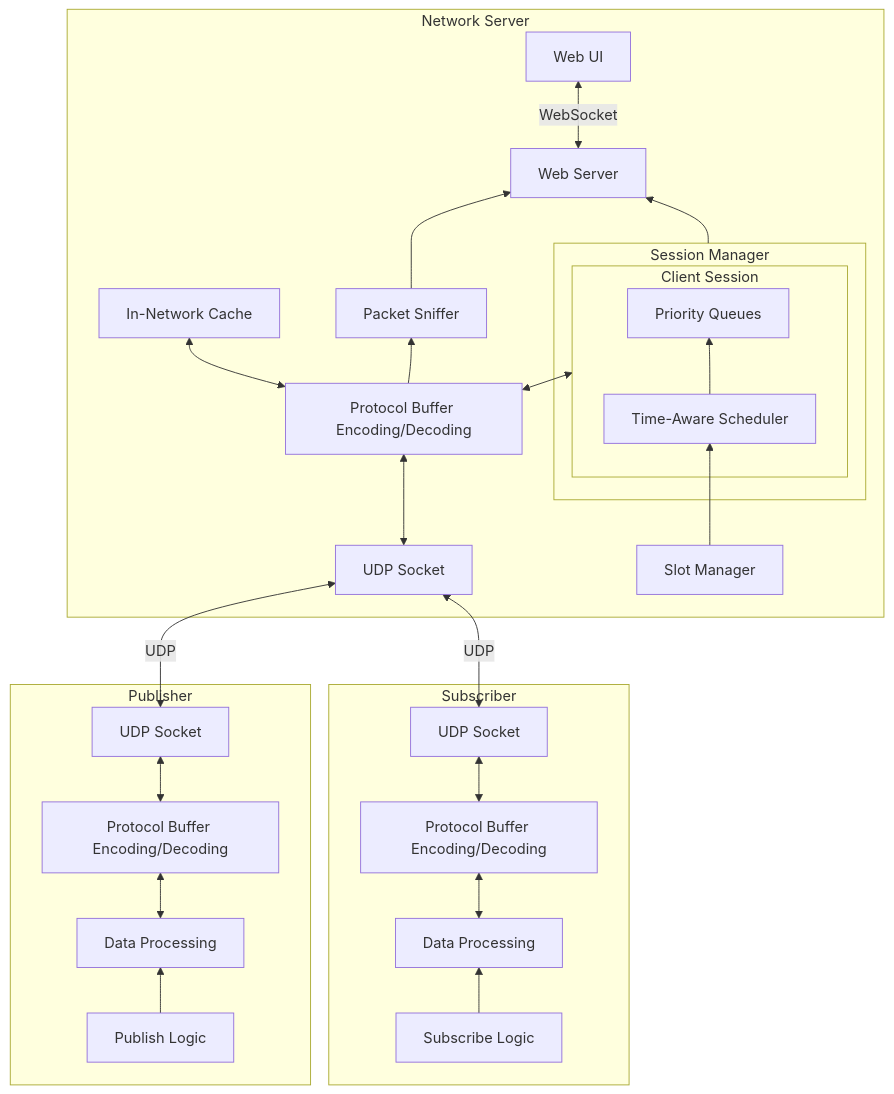
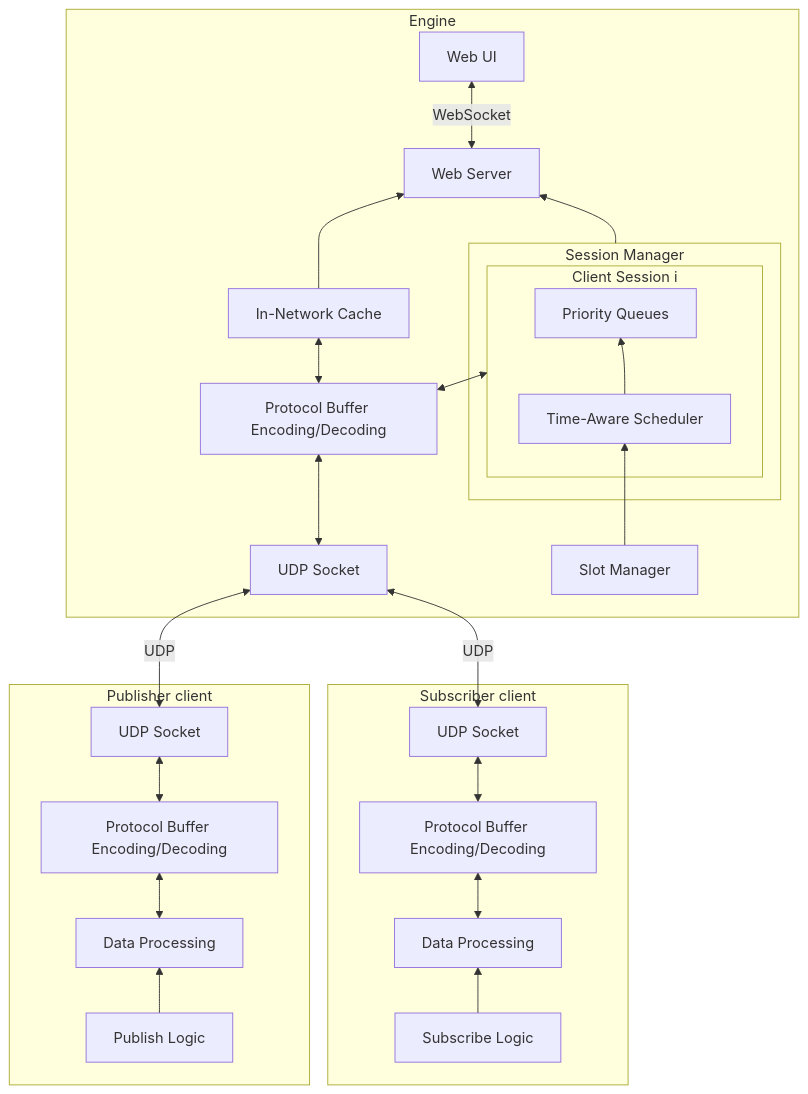
Before and after one commit to AmyangXYZ/RTDEX: the diagram in README.md, drawn with Mermaid. The commit also changed other lines of this file and 18 other files, not shown here.

````diff
--- a/README.md
+++ b/README.md
@@ -17,58 +16,56 @@
 ```mermaid
 graph BT
-    subgraph Server[Network Server]
+    subgraph Server[Engine]
         S_UDPSocket[UDP Socket]
         S_ProtoBuf[Protocol Buffer Encoding/Decoding]
         S_Cache[In-Network Cache]
 
         subgraph S_SessionMgr[Session Manager]
-            subgraph S_Session[Client Session]
+            subgraph S_Session[Client Session i]
                 S_PriorityQueues[Priority Queues]
                 S_TimeAwareScheduler[Time-Aware Scheduler]
             end
         end
 
         S_SlotMgr[Slot Manager]
-        S_PktSniffer[Packet Sniffer]
         S_WebServer[Web Server]
         S_WebUI[Web UI]
     end
 
-    subgraph Publisher[Publisher]
+    subgraph Publisher[Publisher client]
         P_UDPSocket[UDP Socket]
         P_ProtoBuf[Protocol Buffer Encoding/Decoding]
         P_DataProcessing[Data Processing]
         P_PublishLogic[Publish Logic]
     end
 
-    subgraph Subscriber[Subscriber]
+    subgraph Subscriber[Subscriber client]
         Sub_UDPSocket[UDP Socket]
         Sub_ProtoBuf[Protocol Buffer Encoding/Decoding]
         Sub_DataProcessing[Data Processing]
         Sub_SubscribeLogic[Subscribe Logic]
     end
 
     %% Connections
     P_PublishLogic --> P_DataProcessing
     P_DataProcessing <--> P_ProtoBuf
     P_ProtoBuf <--> P_UDPSocket
     P_UDPSocket <-->|UDP| S_UDPSocket
 
     Sub_SubscribeLogic --> Sub_DataProcessing
     Sub_DataProcessing <--> Sub_ProtoBuf
     Sub_ProtoBuf <--> Sub_UDPSocket
     Sub_UDPSocket <-->|UDP| S_UDPSocket
 
     S_UDPSocket <--> S_ProtoBuf
     S_ProtoBuf <--> S_Session
     S_TimeAwareScheduler --> S_PriorityQueues
     S_SlotMgr --> S_TimeAwareScheduler
 
     S_ProtoBuf <--> S_Cache
 
-    S_ProtoBuf --> S_PktSniffer
-    S_PktSniffer --> S_WebServer
+    S_Cache --> S_WebServer
     S_SessionMgr --> S_WebServer
 
     S_WebServer <-- WebSocket --> S_WebUI
 ```
````
